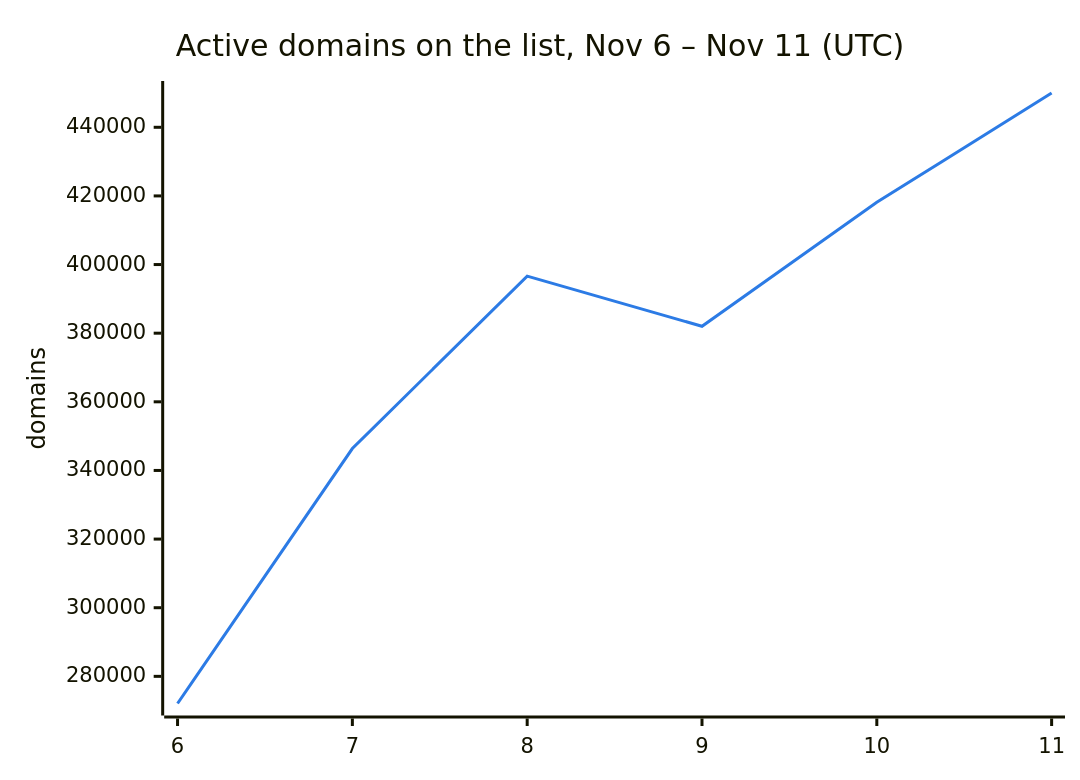
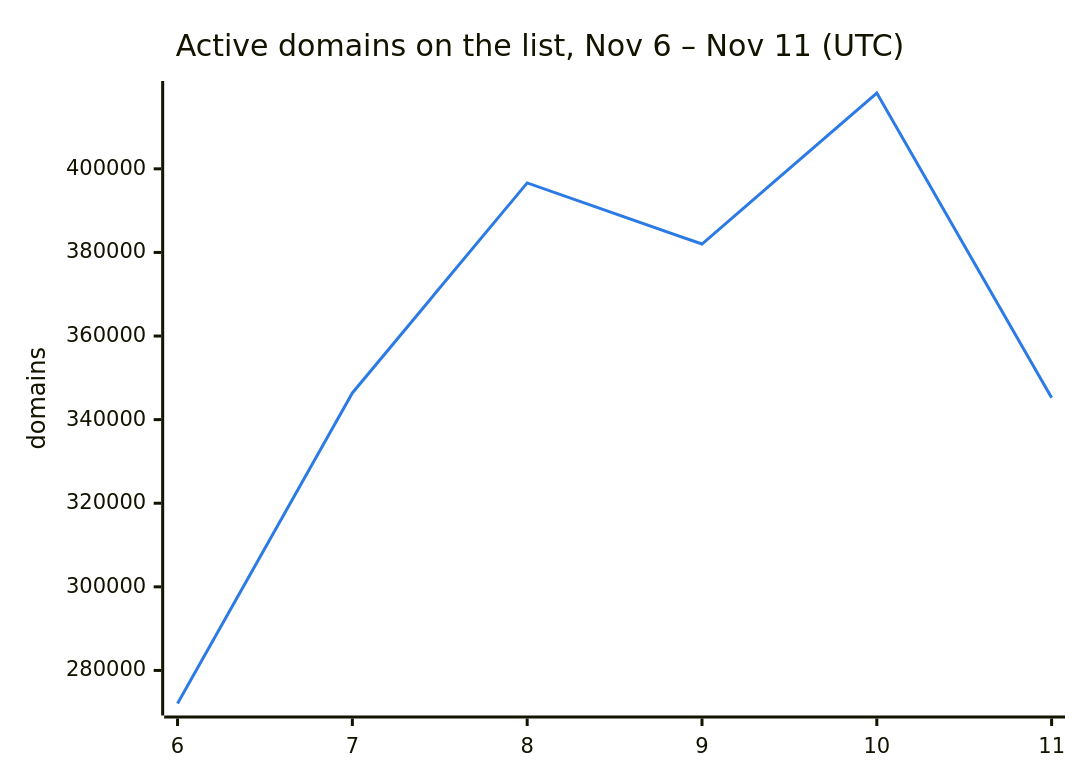
The second of 3 diagrams in README.md (DNSBunker/CTI), drawn with Mermaid before and after one commit. The commit also changed other lines of this file and 3 other files, not shown here.

````diff
--- a/README.md
+++ b/README.md
@@ -38,8 +38,8 @@
 ```mermaid
 %%{init: {"themeVariables": {"xyChart": {"plotColorPalette": "#2c7be5"}}}}%%
 xychart-beta
     title "Active domains on the list, Nov 6 – Nov 11 (UTC)"
     x-axis ["6", "7", "8", "9", "10", "11"]
     y-axis "domains"
-    line [272088, 346388, 396638, 382009, 418143, 449991]
+    line [272088, 346388, 396638, 382009, 418143, 345234]
 ```
````
